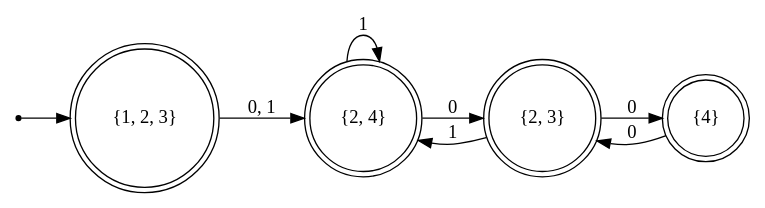
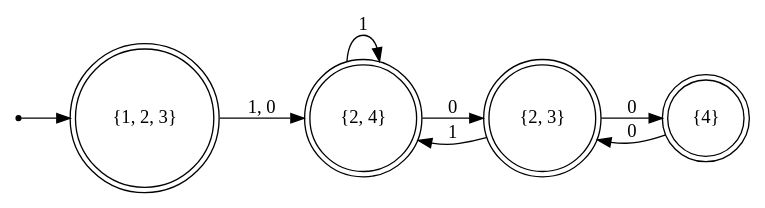
One commit to Quentin18/fsmdot changed the diagram in examples/graph6_dfa.dot. Above: the diagram before and after it, drawn with Graphviz. The commit also changed 15 other files, not shown here.

```diff
--- a/examples/graph6_dfa.dot
+++ b/examples/graph6_dfa.dot
@@ -1,16 +1,16 @@
-strict digraph DFA {
+strict digraph FSM {
 	graph [rankdir=LR];
 	node [shape=circle];
+	null	[shape=point];
 	"{1, 2, 3}"	[shape=doublecircle];
+	null -> "{1, 2, 3}";
+	"{4}"	[shape=doublecircle];
+	"{2, 3}"	[shape=doublecircle];
+	"{4}" -> "{2, 3}"	[label=0];
 	"{2, 4}"	[shape=doublecircle];
-	"{1, 2, 3}" -> "{2, 4}"	[label="0, 1"];
+	"{1, 2, 3}" -> "{2, 4}"	[label="1, 0"];
 	"{2, 4}" -> "{2, 4}"	[label=1];
-	"{2, 3}"	[shape=doublecircle];
 	"{2, 4}" -> "{2, 3}"	[label=0];
+	"{2, 3}" -> "{4}"	[label=0];
 	"{2, 3}" -> "{2, 4}"	[label=1];
-	"{4}"	[shape=doublecircle];
-	"{2, 3}" -> "{4}"	[label=0];
-	"{4}" -> "{2, 3}"	[label=0];
-	null	[shape=point];
-	null -> "{1, 2, 3}";
 }
```
